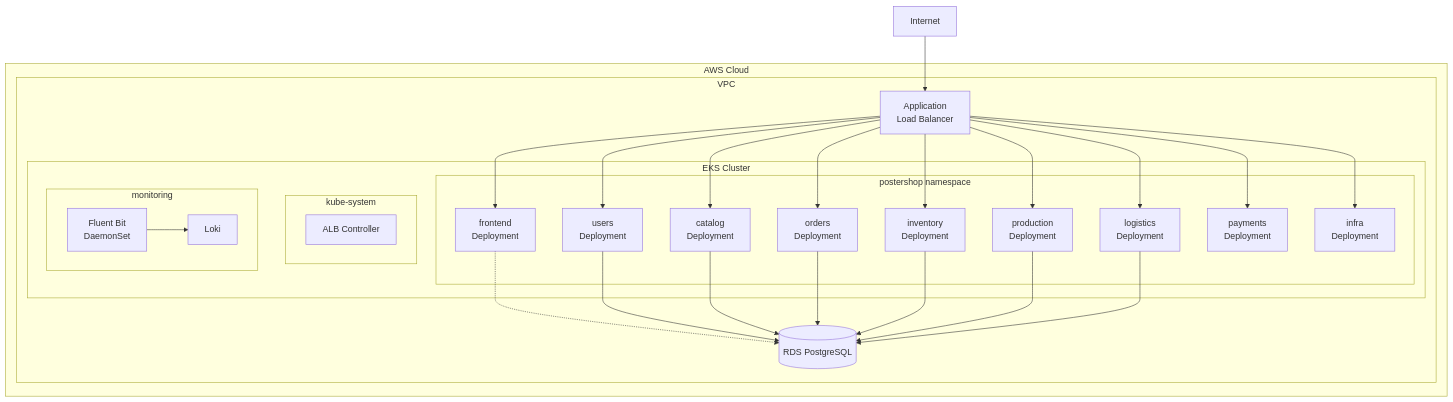
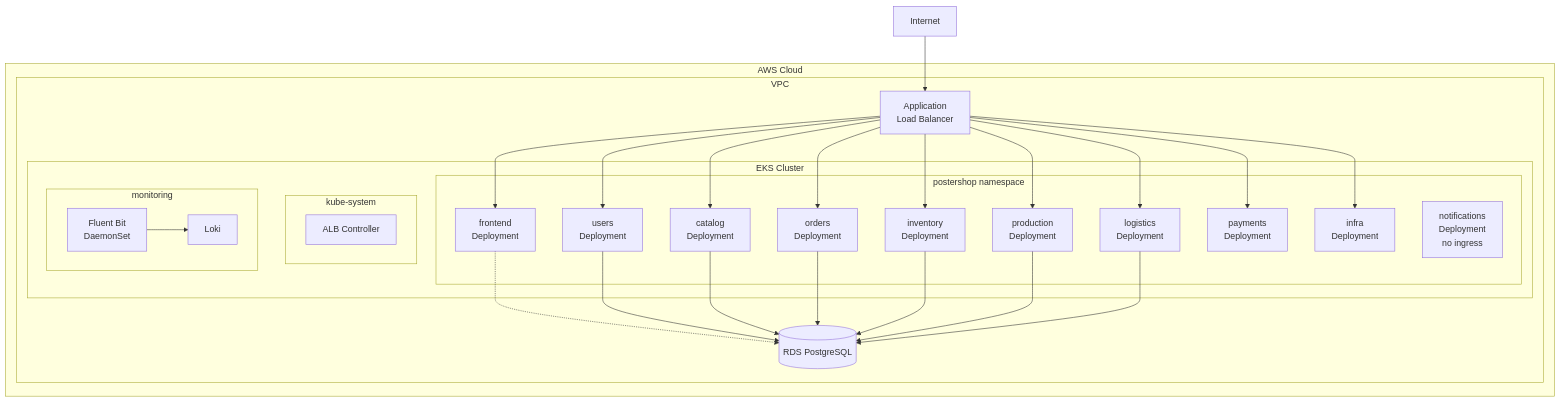
Before and after one commit to PolovinaD/posters-shop: the seventh of 8 diagrams in docs/ARCHITECTURE.md, drawn with Mermaid. The commit also changed other lines of this file and 12 other files, not shown here.

````diff
--- a/docs/ARCHITECTURE.md
+++ b/docs/ARCHITECTURE.md
@@ -294,53 +330,54 @@
 ```mermaid
 graph TB
     subgraph "AWS Cloud"
         subgraph "VPC"
             subgraph "EKS Cluster"
                 subgraph "postershop namespace"
                     FE_DEP[frontend<br/>Deployment]
                     USERS_DEP[users<br/>Deployment]
                     CATALOG_DEP[catalog<br/>Deployment]
                     ORDERS_DEP[orders<br/>Deployment]
                     INVENTORY_DEP[inventory<br/>Deployment]
                     PRODUCTION_DEP[production<br/>Deployment]
                     LOGISTICS_DEP[logistics<br/>Deployment]
                     PAYMENTS_DEP[payments<br/>Deployment]
                     INFRA_DEP[infra<br/>Deployment]
+                    NOTIFICATIONS_DEP[notifications<br/>Deployment<br/>no ingress]
                 end
                 
                 subgraph "kube-system"
                     ALB_CTRL[ALB Controller]
                 end
                 
                 subgraph "monitoring"
                     LOKI[Loki]
                     FLUENTBIT[Fluent Bit<br/>DaemonSet]
                 end
             end
             
             ALB_EXT[Application<br/>Load Balancer]
             RDS[(RDS PostgreSQL)]
         end
     end
     
     Internet --> ALB_EXT
     ALB_EXT --> FE_DEP
     ALB_EXT --> USERS_DEP
     ALB_EXT --> CATALOG_DEP
     ALB_EXT --> ORDERS_DEP
     ALB_EXT --> INVENTORY_DEP
     ALB_EXT --> PRODUCTION_DEP
     ALB_EXT --> LOGISTICS_DEP
     ALB_EXT --> PAYMENTS_DEP
     ALB_EXT --> INFRA_DEP
     
     FE_DEP -.-> RDS
     USERS_DEP --> RDS
     CATALOG_DEP --> RDS
     ORDERS_DEP --> RDS
     INVENTORY_DEP --> RDS
     PRODUCTION_DEP --> RDS
     LOGISTICS_DEP --> RDS
     
     FLUENTBIT --> LOKI
 ```
````
